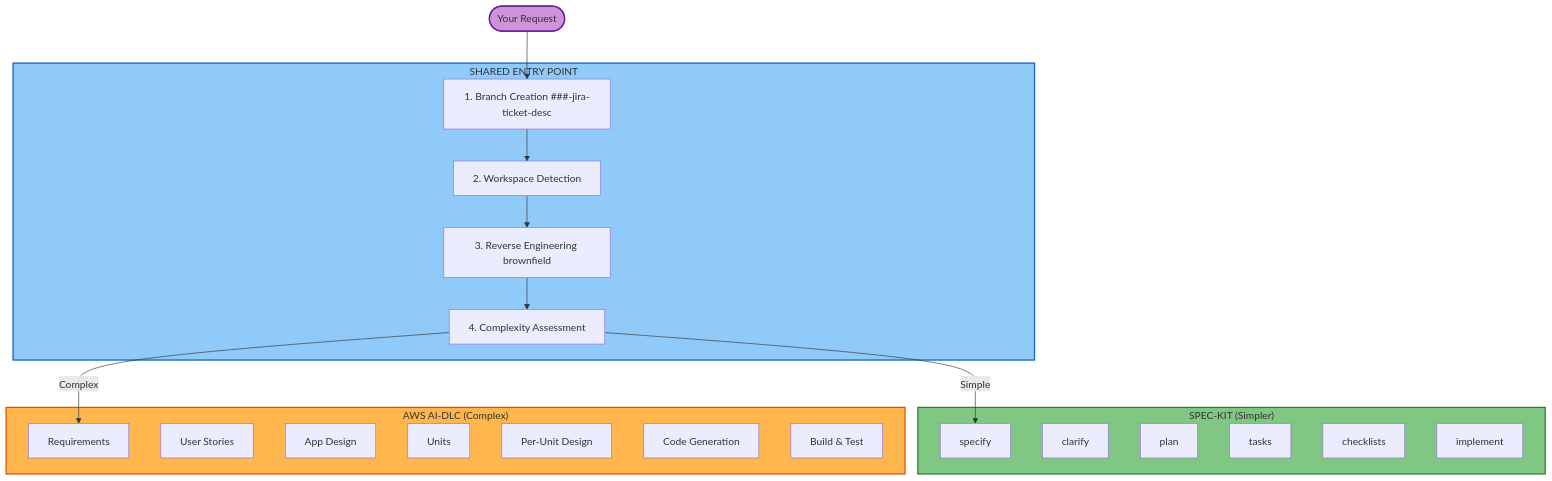
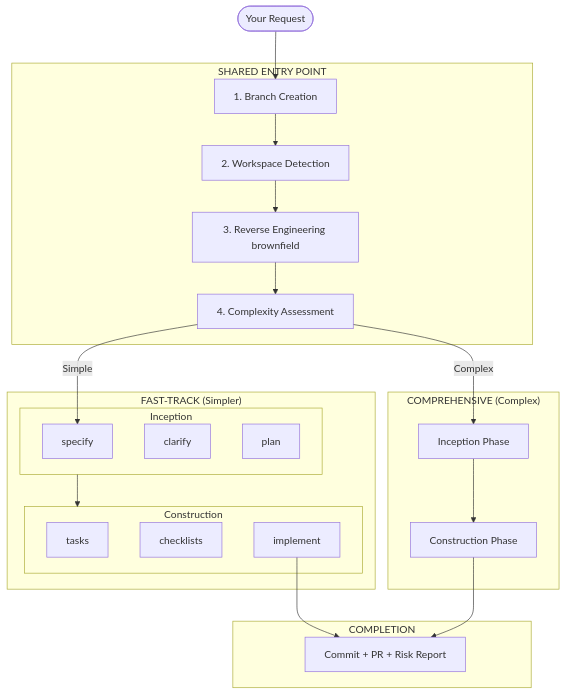
Before and after one commit to premkumarjanagarajan/fluid-flow-ai: the diagram in main-workflow/workflows/shared/memory/welcome-message.md, drawn with Mermaid. The commit also changed other lines of this file and 105 other files, not shown here.

````diff
--- a/main-workflow/workflows/shared/memory/welcome-message.md
+++ b/main-workflow/workflows/shared/memory/welcome-message.md
@@ -22,41 +20,43 @@
 ```mermaid
 flowchart TD
     Request(["Your Request"])
 
     subgraph ENTRY["SHARED ENTRY POINT"]
-        B1["1. Branch Creation ###-jira-ticket-desc"]
+        B1["1. Branch Creation"]
         B2["2. Workspace Detection"]
         B3["3. Reverse Engineering brownfield"]
         B4["4. Complexity Assessment"]
         B1 --> B2 --> B3 --> B4
     end
 
     Request --> B1
 
-    subgraph SPECKIT["SPEC-KIT (Simpler)"]
-        SK1["specify"]
-        SK2["clarify"]
-        SK3["plan"]
-        SK4["tasks"]
-        SK5["checklists"]
-        SK6["implement"]
+    subgraph FASTTRACK["FAST-TRACK (Simpler)"]
+        subgraph FT_I["Inception"]
+            SK1["specify"]
+            SK2["clarify"]
+            SK3["plan"]
+        end
+        subgraph FT_C["Construction"]
+            SK4["tasks"]
+            SK5["checklists"]
+            SK6["implement"]
+        end
+        FT_I --> FT_C
     end
 
-    subgraph AIDLC["AWS AI-DLC (Complex)"]
-        AD1["Requirements"]
-        AD2["User Stories"]
-        AD3["App Design"]
-        AD4["Units"]
-        AD5["Per-Unit Design"]
-        AD6["Code Generation"]
-        AD7["Build & Test"]
+    subgraph COMPREHENSIVE["COMPREHENSIVE (Complex)"]
+        AD1["Inception Phase"]
+        AD2["Construction Phase"]
+        AD1 --> AD2
+    end
+
+    subgraph FINISH["COMPLETION"]
+        C1["Commit + PR + Risk Report"]
     end
 
     B4 -->|Simple| SK1
     B4 -->|Complex| AD1
-
-    style ENTRY fill:#90CAF9,stroke:#1565C0,stroke-width:2px
-    style SPECKIT fill:#81C784,stroke:#2E7D32,stroke-width:2px
-    style AIDLC fill:#FFB74D,stroke:#E65100,stroke-width:2px
-    style Request fill:#CE93D8,stroke:#6A1B9A,stroke-width:2px
+    SK6 --> C1
+    AD2 --> C1
 ```
````
